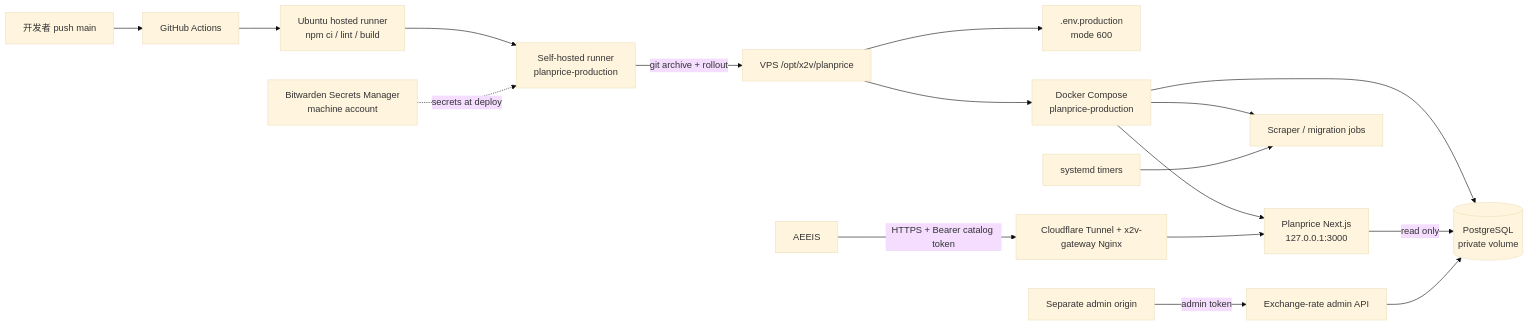
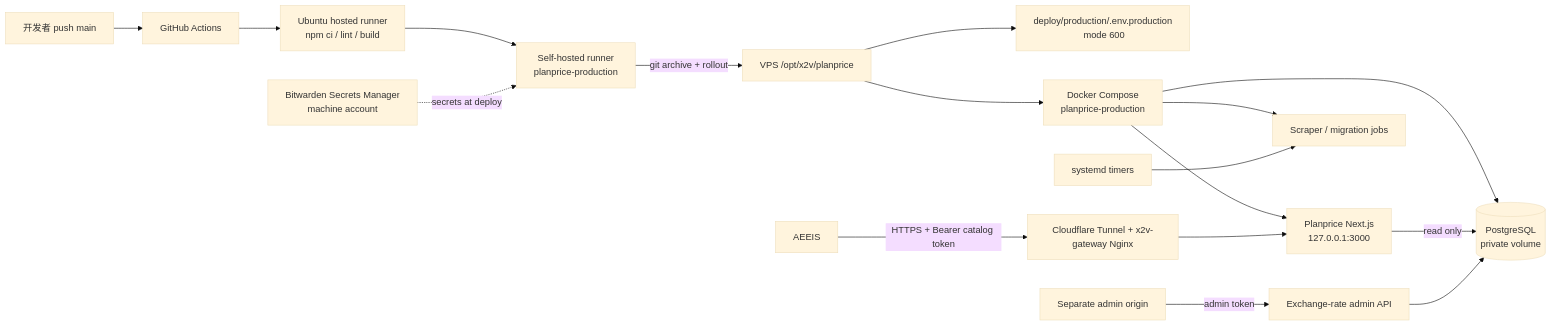
Before and after one commit to x2v-co/aiplans: the diagram in docs/production-deployment-map.md, drawn with Mermaid (base theme). The commit also changed other lines of this file and 8 other files, not shown here.

````diff
--- a/docs/production-deployment-map.md
+++ b/docs/production-deployment-map.md
@@ -6,19 +6,19 @@
 ```mermaid
 flowchart LR
   Dev[开发者 push main] --> GA[GitHub Actions]
   GA --> Verify[Ubuntu hosted runner\n npm ci / lint / build]
   Verify --> Runner[Self-hosted runner\n planprice-production]
   BW[Bitwarden Secrets Manager\n machine account] -. secrets at deploy .-> Runner
   Runner -->|git archive + rollout| VPS[VPS /opt/x2v/planprice]
-  VPS --> Env[.env.production\n mode 600]
+  VPS --> Env[deploy/production/.env.production\n mode 600]
   VPS --> Compose[Docker Compose\n planprice-production]
   Compose --> App[Planprice Next.js\n 127.0.0.1:3000]
   Compose --> DB[(PostgreSQL\n private volume)]
   Compose --> Scraper[Scraper / migration jobs]
   Gateway[Cloudflare Tunnel + x2v-gateway Nginx] --> App
   AEEIS[AEEIS] -->|HTTPS + Bearer catalog token| Gateway
   App -->|read only| DB
   Admin[Separate admin origin] -->|admin token| AdminAPI[Exchange-rate admin API]
   AdminAPI --> DB
   Timer[systemd timers] --> Scraper
 ```
````
